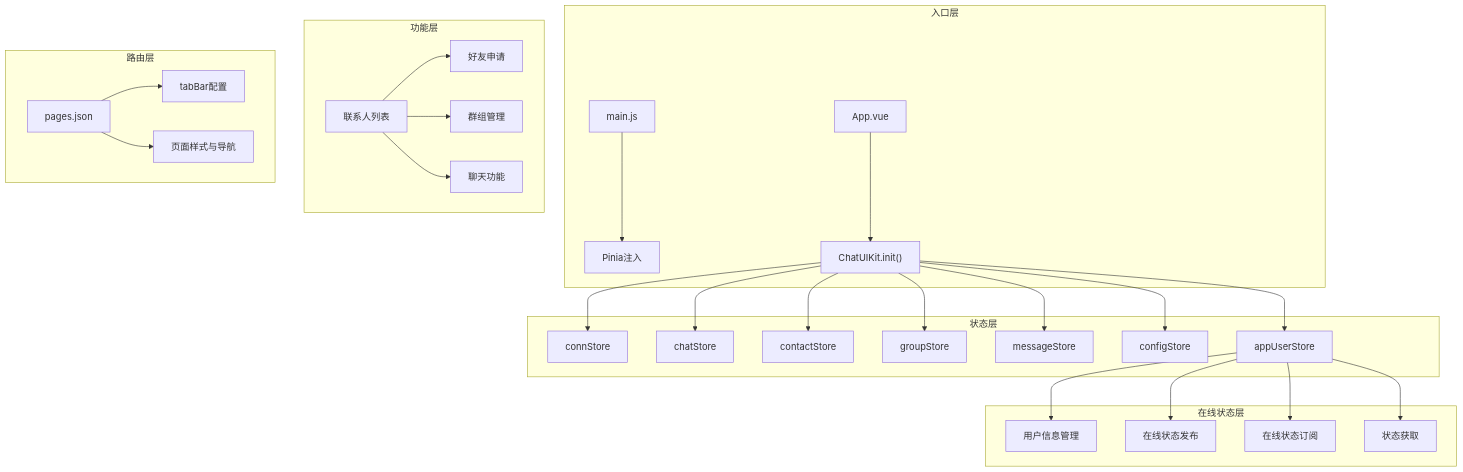
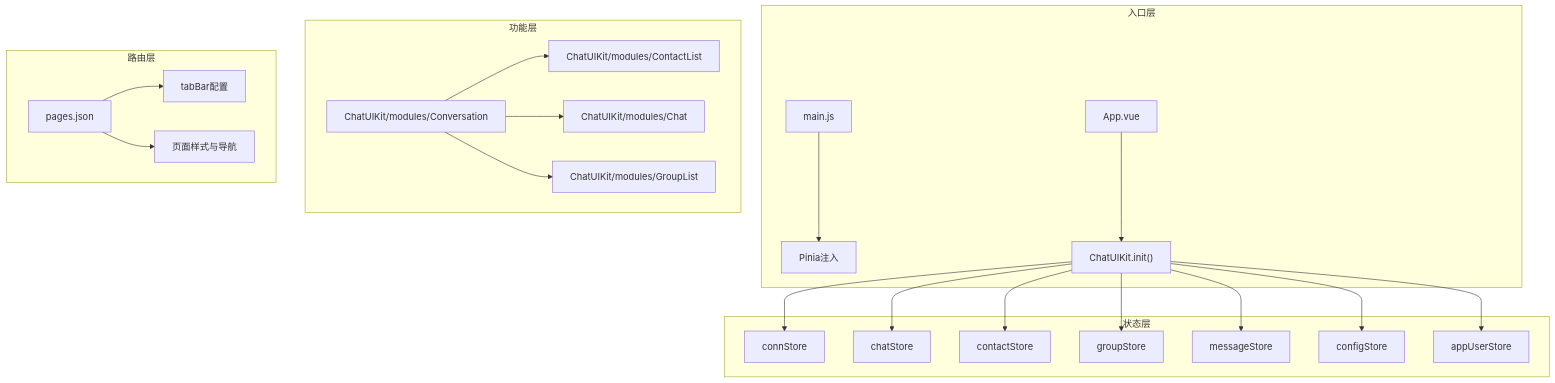
One commit to Easemob-Community/easemob-uikit-uniapp-community changed the second of 6 diagrams in .qoder/repowiki/zh/content/示例应用/示例应用概览.md. Above: the diagram before and after it, drawn with Mermaid. The commit also changed other lines of this file and 8 other files, not shown here.

````diff
--- a/.qoder/repowiki/zh/content/示例应用/示例应用概览.md
+++ b/.qoder/repowiki/zh/content/示例应用/示例应用概览.md
@@ -102,31 +94,25 @@
 ```mermaid
 graph TB
 subgraph "入口层"
 M["main.js"] --> P["Pinia注入"]
 A["App.vue"] --> K["ChatUIKit.init()"]
 end
 subgraph "状态层"
 K --> S1["connStore"]
 K --> S2["chatStore"]
 K --> S3["contactStore"]
 K --> S4["groupStore"]
 K --> S5["messageStore"]
 K --> S6["configStore"]
 K --> S7["appUserStore"]
 end
-subgraph "在线状态层"
-S7 --> U1["用户信息管理"]
-S7 --> U2["在线状态发布"]
-S7 --> U3["在线状态订阅"]
-S7 --> U4["状态获取"]
-end
 subgraph "功能层"
-F1["联系人列表"] --> F2["好友申请"]
-F1 --> F3["群组管理"]
-F1 --> F4["聊天功能"]
+F1["ChatUIKit/modules/Conversation"] --> F2["ChatUIKit/modules/ContactList"]
+F1 --> F3["ChatUIKit/modules/Chat"]
+F1 --> F4["ChatUIKit/modules/GroupList"]
 end
 subgraph "路由层"
 R["pages.json"] --> T["tabBar配置"]
 R --> N["页面样式与导航"]
 end
 ```
````
